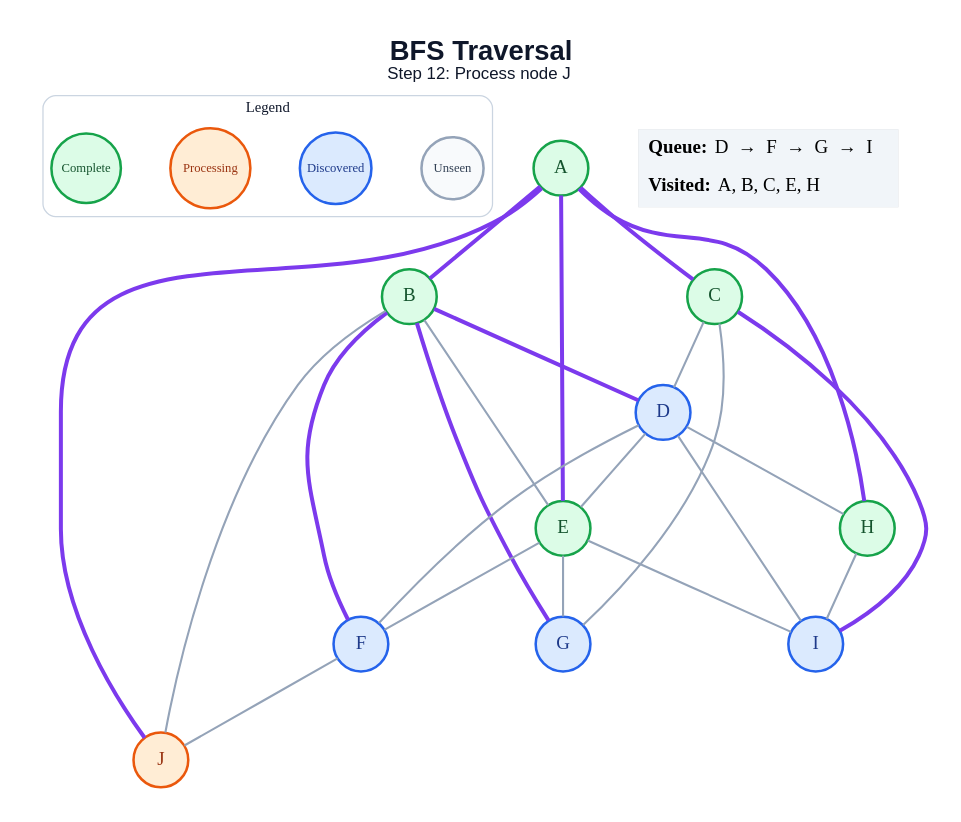
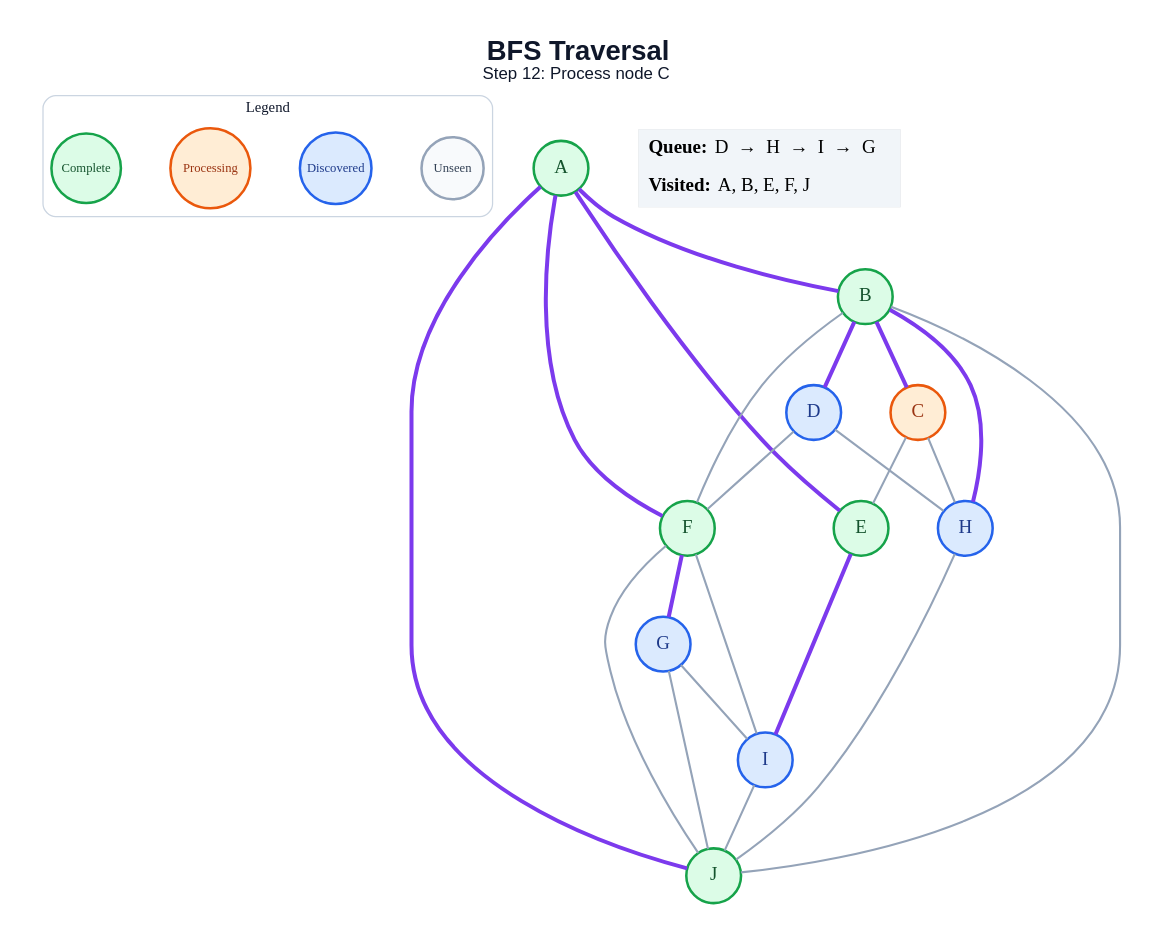
The diagram in generated/bfs/step_12.dot (amanghodawala9/ai-slop), drawn with Graphviz before and after one commit. The commit also changed 178 other files, not shown here.

```diff
--- a/generated/bfs/step_12.dot
+++ b/generated/bfs/step_12.dot
@@ -1,51 +1,50 @@
 graph traversal {
   graph [layout=dot, rankdir=TB, bgcolor="#FFFFFF", pad="0.35", nodesep="0.65", ranksep="0.8", fontname="Arial"];
   node [shape=circle, style="filled", fontname="Arial Bold", fontsize=18, width=0.72, fixedsize=true, penwidth=2.4];
   edge [color="#94A3B8", penwidth=2.0];
-  label=<<B>BFS Traversal</B><BR/><FONT POINT-SIZE="16">Step 12: Process node J</FONT>>; labelloc="t"; fontsize=26; fontname="Arial"; fontcolor="#0F172A";
+  label=<<B>BFS Traversal</B><BR/><FONT POINT-SIZE="16">Step 12: Process node C</FONT>>; labelloc="t"; fontsize=26; fontname="Arial"; fontcolor="#0F172A";
   subgraph cluster_legend { label="Legend"; color="#CBD5E1"; penwidth=1.2; style="rounded"; fontsize=14; fontname="Arial Bold";
     key_unseen [label="Unseen", fillcolor="#F8FAFC", color="#94A3B8", fontcolor="#334155", fontsize=12, width=0.82];
     key_frontier [label="Discovered", fillcolor="#DBEAFE", color="#2563EB", fontcolor="#1E3A8A", fontsize=12, width=0.95];
     key_current [label="Processing", fillcolor="#FFEDD5", color="#EA580C", fontcolor="#9A3412", fontsize=12, width=1.05];
     key_done [label="Complete", fillcolor="#DCFCE7", color="#16A34A", fontcolor="#14532D", fontsize=12, width=0.92];
     { rank=same; key_unseen; key_frontier; key_current; key_done; }
   }
   A [fillcolor="#DCFCE7", color="#16A34A", fontcolor="#14532D"];
   B [fillcolor="#DCFCE7", color="#16A34A", fontcolor="#14532D"];
-  C [fillcolor="#DCFCE7", color="#16A34A", fontcolor="#14532D"];
+  C [fillcolor="#FFEDD5", color="#EA580C", fontcolor="#9A3412"];
   D [fillcolor="#DBEAFE", color="#2563EB", fontcolor="#1E3A8A"];
   E [fillcolor="#DCFCE7", color="#16A34A", fontcolor="#14532D"];
-  F [fillcolor="#DBEAFE", color="#2563EB", fontcolor="#1E3A8A"];
+  F [fillcolor="#DCFCE7", color="#16A34A", fontcolor="#14532D"];
   G [fillcolor="#DBEAFE", color="#2563EB", fontcolor="#1E3A8A"];
-  H [fillcolor="#DCFCE7", color="#16A34A", fontcolor="#14532D"];
+  H [fillcolor="#DBEAFE", color="#2563EB", fontcolor="#1E3A8A"];
   I [fillcolor="#DBEAFE", color="#2563EB", fontcolor="#1E3A8A"];
-  J [fillcolor="#FFEDD5", color="#EA580C", fontcolor="#9A3412"];
+  J [fillcolor="#DCFCE7", color="#16A34A", fontcolor="#14532D"];
   A -- B [color="#7C3AED", penwidth=3.8];
-  A -- C [color="#7C3AED", penwidth=3.8];
   A -- E [color="#7C3AED", penwidth=3.8];
-  A -- H [color="#7C3AED", penwidth=3.8];
+  A -- F [color="#7C3AED", penwidth=3.8];
   A -- J [color="#7C3AED", penwidth=3.8];
+  B -- C [color="#7C3AED", penwidth=3.8];
   B -- D [color="#7C3AED", penwidth=3.8];
-  B -- E;
-  B -- F [color="#7C3AED", penwidth=3.8];
-  B -- G [color="#7C3AED", penwidth=3.8];
+  B -- F;
+  B -- H [color="#7C3AED", penwidth=3.8];
   B -- J;
-  C -- D;
-  C -- G;
-  C -- I [color="#7C3AED", penwidth=3.8];
-  D -- E;
+  C -- E;
+  C -- H;
   D -- F;
   D -- H;
-  D -- I;
-  E -- F;
-  E -- G;
-  E -- I;
+  E -- I [color="#7C3AED", penwidth=3.8];
+  F -- G [color="#7C3AED", penwidth=3.8];
+  F -- I;
   F -- J;
-  H -- I;
+  G -- I;
+  G -- J;
+  H -- J;
+  I -- J;
   status [shape=plain, fixedsize=false, width=0, height=0, margin=0, label=<
     <TABLE BORDER="0" CELLBORDER="0" CELLPADDING="7" BGCOLOR="#F1F5F9">
-      <TR><TD ALIGN="LEFT"><B>Queue:</B> D  →  F  →  G  →  I</TD></TR>
-      <TR><TD ALIGN="LEFT"><B>Visited:</B> A, B, C, E, H</TD></TR>
+      <TR><TD ALIGN="LEFT"><B>Queue:</B> D  →  H  →  I  →  G</TD></TR>
+      <TR><TD ALIGN="LEFT"><B>Visited:</B> A, B, E, F, J</TD></TR>
     </TABLE>
   >];
 }
```
